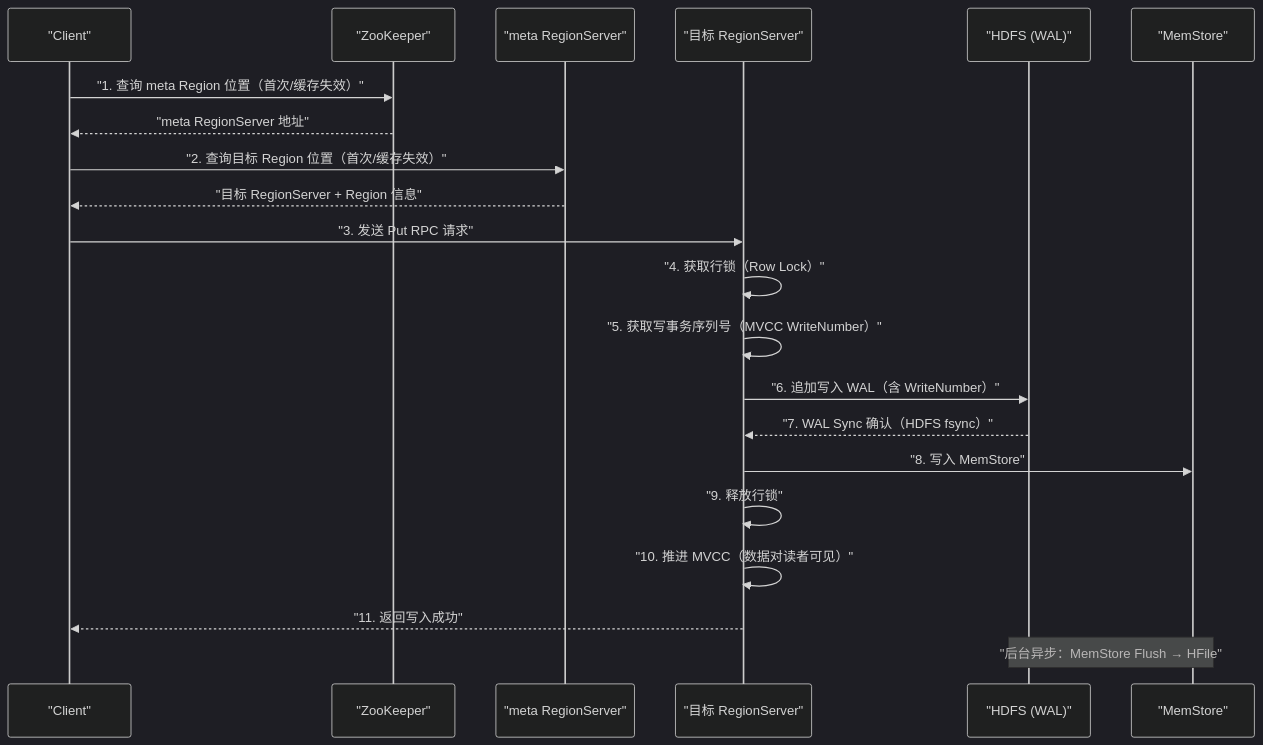
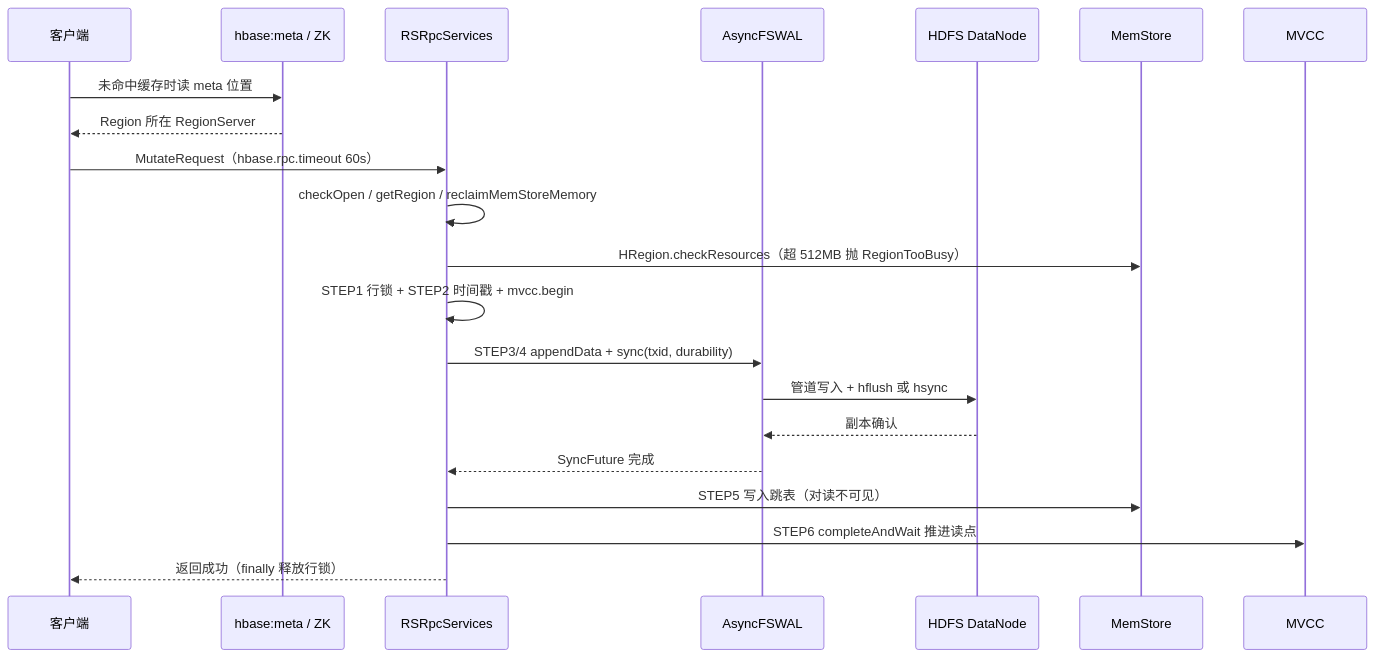
One commit to hpliStartAgain/my-brain changed the first of 6 diagrams in content/大数据/HBase/05 HBase 写入链路深度解析——WAL、MemStore Flush 与持久性保证.md. Above: the diagram before and after it, drawn with Mermaid. The commit also changed other lines of this file and 455 other files, not shown here.

````diff
--- a/content/大数据/HBase/05 HBase 写入链路深度解析——WAL、MemStore Flush 与持久性保证.md
+++ b/content/大数据/HBase/05 HBase 写入链路深度解析——WAL、MemStore Flush 与持久性保证.md
@@ -23,26 +91,25 @@
 ```mermaid
-%%{init: {'theme': 'dark', 'themeVariables': {'primaryColor': '#6272a4', 'primaryTextColor': '#f8f8f2', 'primaryBorderColor': '#bd93f9', 'lineColor': '#ff79c6', 'secondaryColor': '#44475a', 'tertiaryColor': '#282a36'}}}%%
+%%{init: {'theme': 'dracula'}}%%
 sequenceDiagram
-    participant C as "Client"
-    participant ZK as "ZooKeeper"
-    participant MetaRS as "meta RegionServer"
-    participant RS as "目标 RegionServer"
-    participant HDFS as "HDFS (WAL)"
-    participant MS as "MemStore"
+    participant C as 客户端
+    participant M as hbase:meta / ZK
+    participant R as RSRpcServices
+    participant W as AsyncFSWAL
+    participant D as HDFS DataNode
+    participant S as MemStore
+    participant V as MVCC
 
-    C->>ZK: "1. 查询 meta Region 位置（首次/缓存失效）"
-    ZK-->>C: "meta RegionServer 地址"
-    C->>MetaRS: "2. 查询目标 Region 位置（首次/缓存失效）"
-    MetaRS-->>C: "目标 RegionServer + Region 信息"
-    C->>RS: "3. 发送 Put RPC 请求"
-    RS->>RS: "4. 获取行锁（Row Lock）"
-    RS->>RS: "5. 获取写事务序列号（MVCC WriteNumber）"
-    RS->>HDFS: "6. 追加写入 WAL（含 WriteNumber）"
-    HDFS-->>RS: "7. WAL Sync 确认（HDFS fsync）"
-    RS->>MS: "8. 写入 MemStore"
-    RS->>RS: "9. 释放行锁"
-    RS->>RS: "10. 推进 MVCC（数据对读者可见）"
-    RS-->>C: "11. 返回写入成功"
-
-    Note over MS,HDFS: "后台异步：MemStore Flush → HFile"
+    C->>M: 未命中缓存时读 meta 位置
+    M-->>C: Region 所在 RegionServer
+    C->>R: MutateRequest（hbase.rpc.timeout 60s）
+    R->>R: checkOpen / getRegion / reclaimMemStoreMemory
+    R->>S: HRegion.checkResources（超 512MB 抛 RegionTooBusy）
+    R->>R: STEP1 行锁 + STEP2 时间戳 + mvcc.begin
+    R->>W: STEP3/4 appendData + sync(txid, durability)
+    W->>D: 管道写入 + hflush 或 hsync
+    D-->>W: 副本确认
+    W-->>R: SyncFuture 完成
+    R->>S: STEP5 写入跳表（对读不可见）
+    R->>V: STEP6 completeAndWait 推进读点
+    R-->>C: 返回成功（finally 释放行锁）
 ```
````
